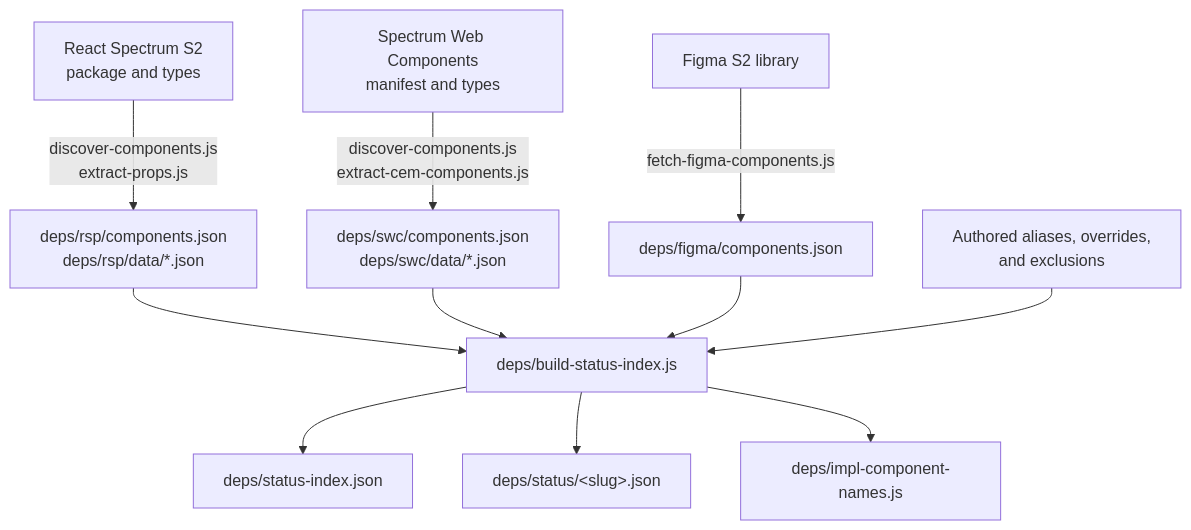
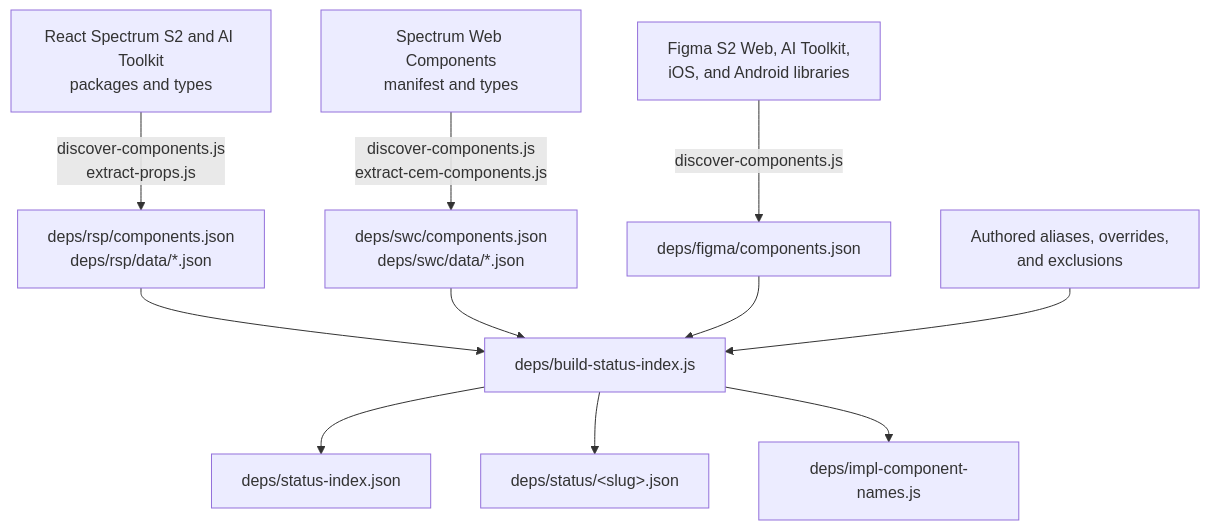
Before and after one commit to adobe/spectrum-hub: the diagram in docs/DEPS.md, drawn with Mermaid. The commit also changed other lines of this file and 163 other files, not shown here.

First line of the commit message:
feat(figma): integrate selected platform references with matching data

````diff
--- a/docs/DEPS.md
+++ b/docs/DEPS.md
@@ -32,24 +32,24 @@
 ```mermaid
 flowchart TD
     accTitle: How implementation data becomes the combined status model
-    accDescr: Three upstream sources are extracted into per-implementation catalogs. React Spectrum S2 produces deps/rsp/components.json and deps/rsp/data. Spectrum Web Components produces deps/swc/components.json and deps/swc/data. The Figma library produces deps/figma/components.json. Those catalogs, together with authored aliases, overrides, and exclusions, are read by deps/build-status-index.js, which writes deps/status-index.json, one deps/status slice per component, and deps/impl-component-names.js.
+    accDescr: React Spectrum S2 and AI Toolkit produce the RSP catalog. Spectrum Web Components produces the SWC catalog, including AI Toolkit patterns. Four platform-specific Figma libraries feed one source-qualified roster. The builder combines these with authored mappings to write the index, component slices, and implementation-name map.
 
-    rsp["React Spectrum S2<br/>package and types"]
+    rsp["React Spectrum S2 and AI Toolkit<br/>packages and types"]
     swc["Spectrum Web Components<br/>manifest and types"]
-    figma["Figma S2 library"]
+    figma["Figma S2 Web, AI Toolkit,<br/>iOS, and Android libraries"]
 
     rsp -->|"discover-components.js<br/>extract-props.js"| rspOut["deps/rsp/components.json<br/>deps/rsp/data/*.json"]
     swc -->|"discover-components.js<br/>extract-cem-components.js"| swcOut["deps/swc/components.json<br/>deps/swc/data/*.json"]
-    figma -->|"fetch-figma-components.js"| figmaOut["deps/figma/components.json"]
+    figma -->|"discover-components.js"| figmaOut["deps/figma/components.json"]
 
     authored["Authored aliases, overrides,<br/>and exclusions"]
 
     rspOut --> build["deps/build-status-index.js"]
     swcOut --> build
     figmaOut --> build
     authored --> build
 
     build --> index["deps/status-index.json"]
     build --> slices["deps/status/&lt;slug&gt;.json"]
     build --> names["deps/impl-component-names.js"]
 ```
````
